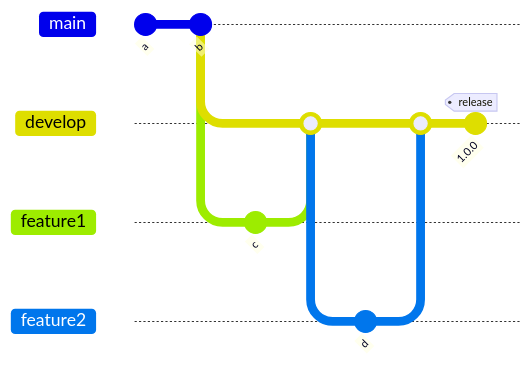
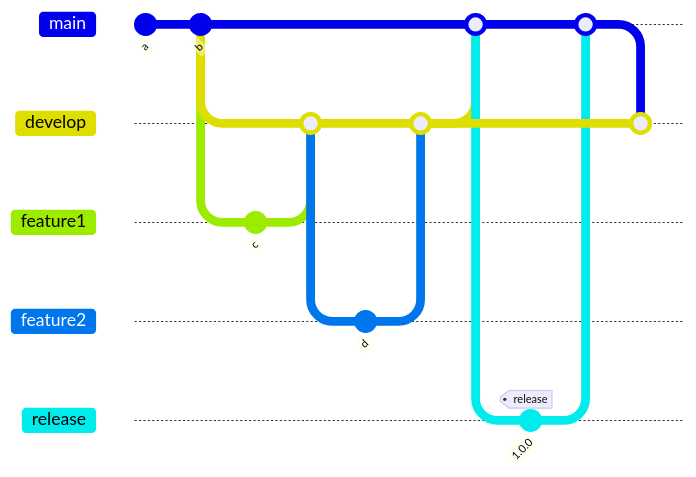
One commit to deven-org/boiler changed the diagram in docs/DEPLOYMENT.md. Above: the diagram before and after it, drawn with Mermaid. The commit also changed other lines of this file, not shown here.

Commit message:
chore(docs): documentation update for release workflow

````diff
--- a/docs/DEPLOYMENT.md
+++ b/docs/DEPLOYMENT.md
@@ -33,18 +33,27 @@
 ```mermaid
         gitGraph
-        commit id: "a"
+       commit id: "a"
        commit id: "b"
        branch develop
+       checkout develop
        checkout develop
        branch feature1
        checkout feature1
        commit id: "c"
        checkout develop
        merge feature1
        branch feature2
        checkout feature2
        commit id: "d"
        checkout develop
        merge feature2
+       checkout main
+       merge develop
+       branch "release"
+       checkout release
        commit id: "1.0.0" tag: "release"
+       checkout main
+       merge release
+       checkout develop
+       merge main
 ```
````
